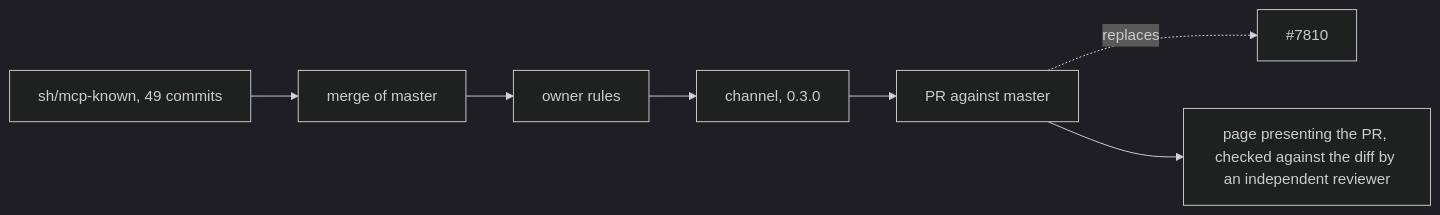
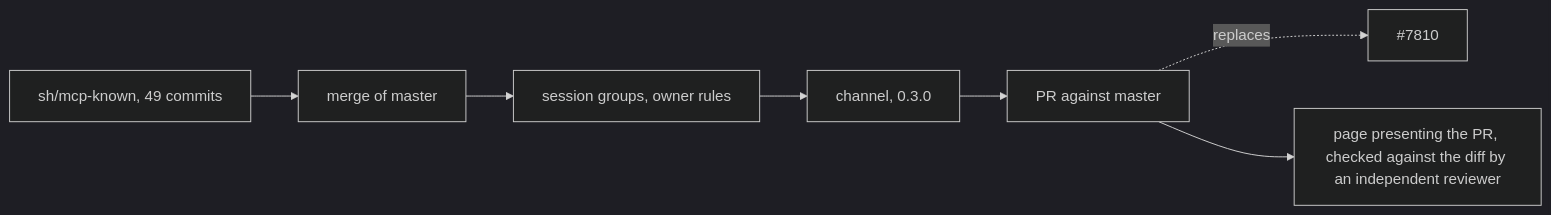
Before and after one commit to simplex-chat/simplex-chat: the fifth of 5 diagrams in plans/2026-11-07-mcp-claude-code-channel.md, drawn with Mermaid (dark theme). The commit also changed other lines of this file, not shown here.

Commit message:
docs: MCP plan, a group per session

````diff
--- a/plans/2026-11-07-mcp-claude-code-channel.md
+++ b/plans/2026-11-07-mcp-claude-code-channel.md
@@ -210,9 +255,9 @@
 ```mermaid
 flowchart LR
   K[sh/mcp-known, 49 commits] --> M[merge of master]
-  M --> R[owner rules]
-  R --> C[channel, 0.3.0]
+  M --> G[session groups, owner rules]
+  G --> C[channel, 0.3.0]
   C --> P[PR against master]
   P -. replaces .-> X[#7810]
   P --> V[page presenting the PR, checked against the diff by an independent reviewer]
 ```
````
